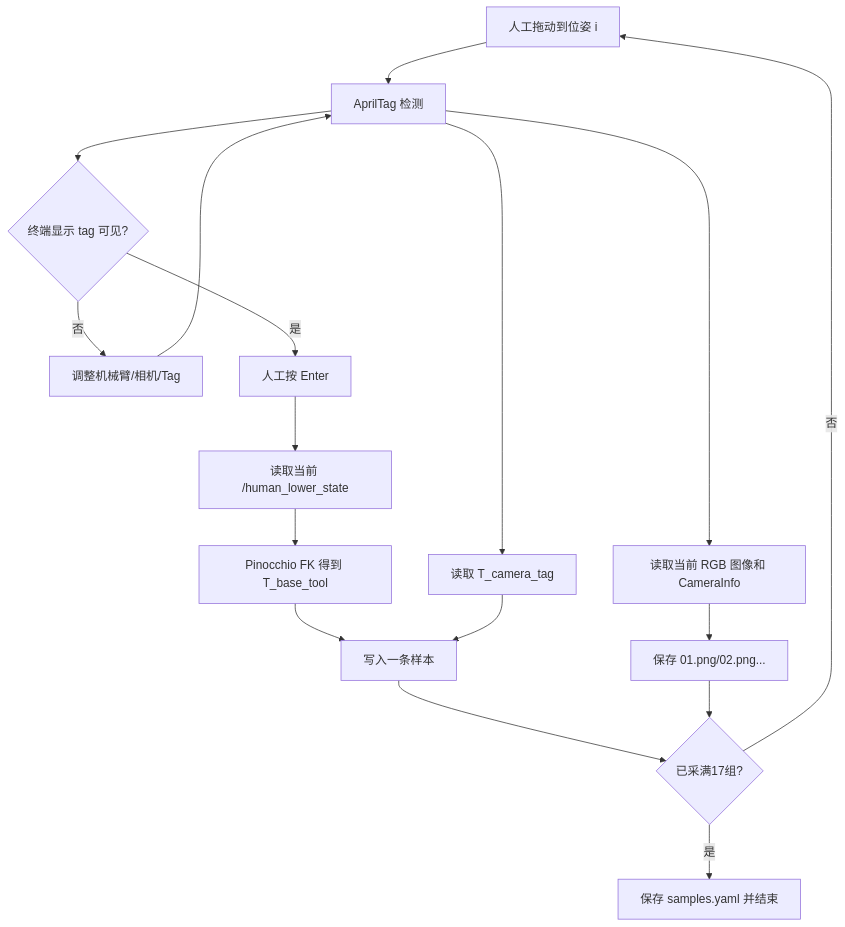
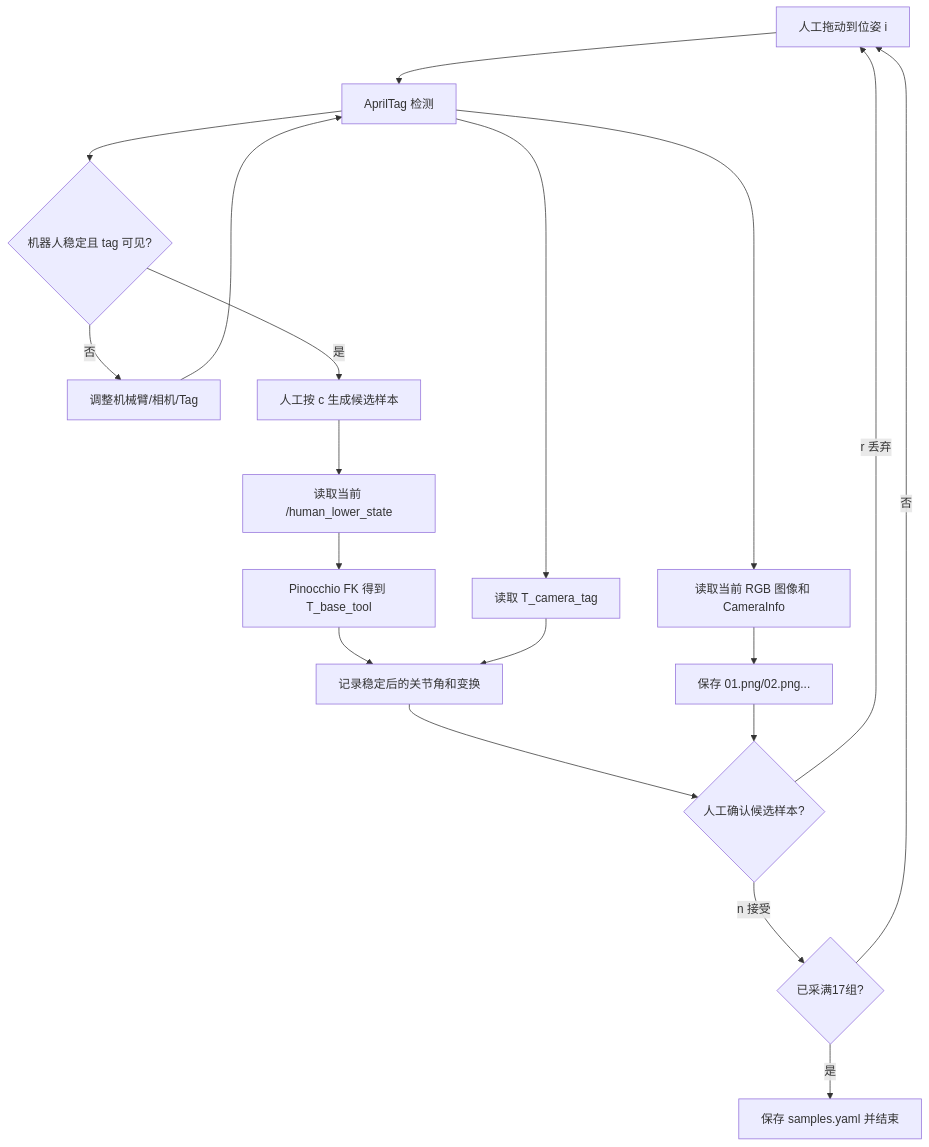
One commit to liujun0808/qiling_hand_eye changed the third of 6 diagrams in plan.md. Above: the diagram before and after it, drawn with Mermaid. The commit also changed other lines of this file and 18 other files, not shown here.

````diff
--- a/plan.md
+++ b/plan.md
@@ -255,19 +257,21 @@
 ```mermaid
 flowchart TD
     A[人工拖动到位姿 i] --> B[AprilTag 检测]
-    B --> C{终端显示 tag 可见?}
+    B --> C{机器人稳定且 tag 可见?}
     C -->|否| D[调整机械臂/相机/Tag]
     D --> B
-    C -->|是| E[人工按 Enter]
+    C -->|是| E[人工按 c 生成候选样本]
     E --> F[读取当前 /human_lower_state]
     F --> G[Pinocchio FK 得到 T_base_tool]
     B --> H[读取 T_camera_tag]
     B --> I[读取当前 RGB 图像和 CameraInfo]
-    G --> J[写入一条样本]
+    G --> J[记录稳定后的关节角和变换]
     H --> J
     I --> K[保存 01.png/02.png...]
-    J --> L{已采满17组?}
+    J --> L{人工确认候选样本?}
     K --> L
-    L -->|否| A
-    L -->|是| M[保存 samples.yaml 并结束]
+    L -->|r 丢弃| A
+    L -->|n 接受| M{已采满17组?}
+    M -->|否| A
+    M -->|是| N[保存 samples.yaml 并结束]
 ```
````
